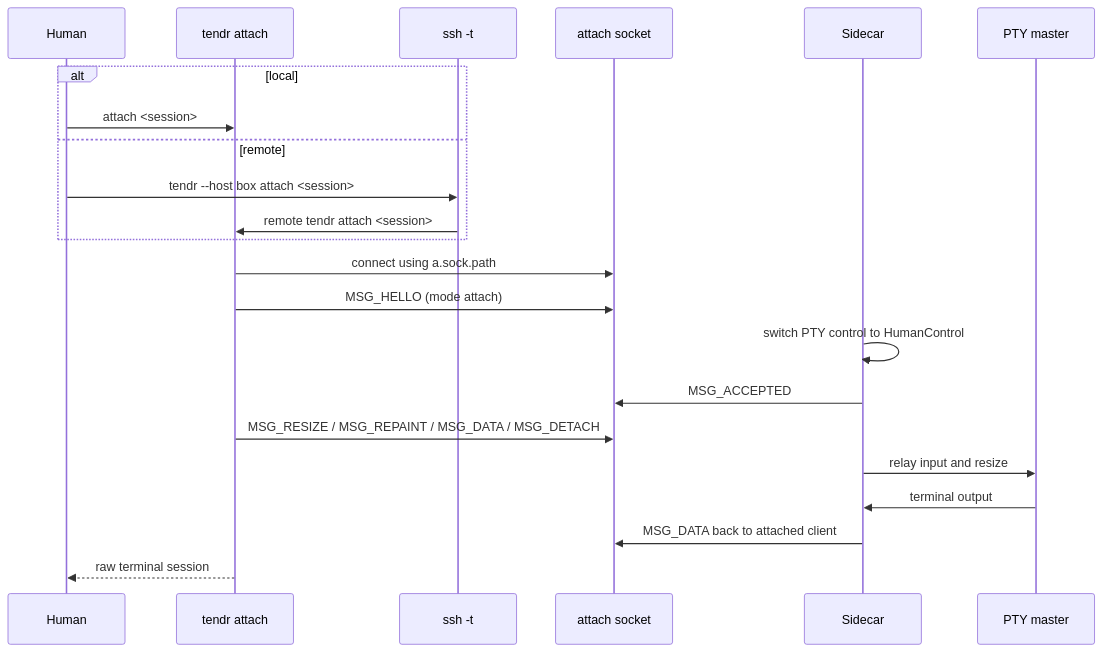
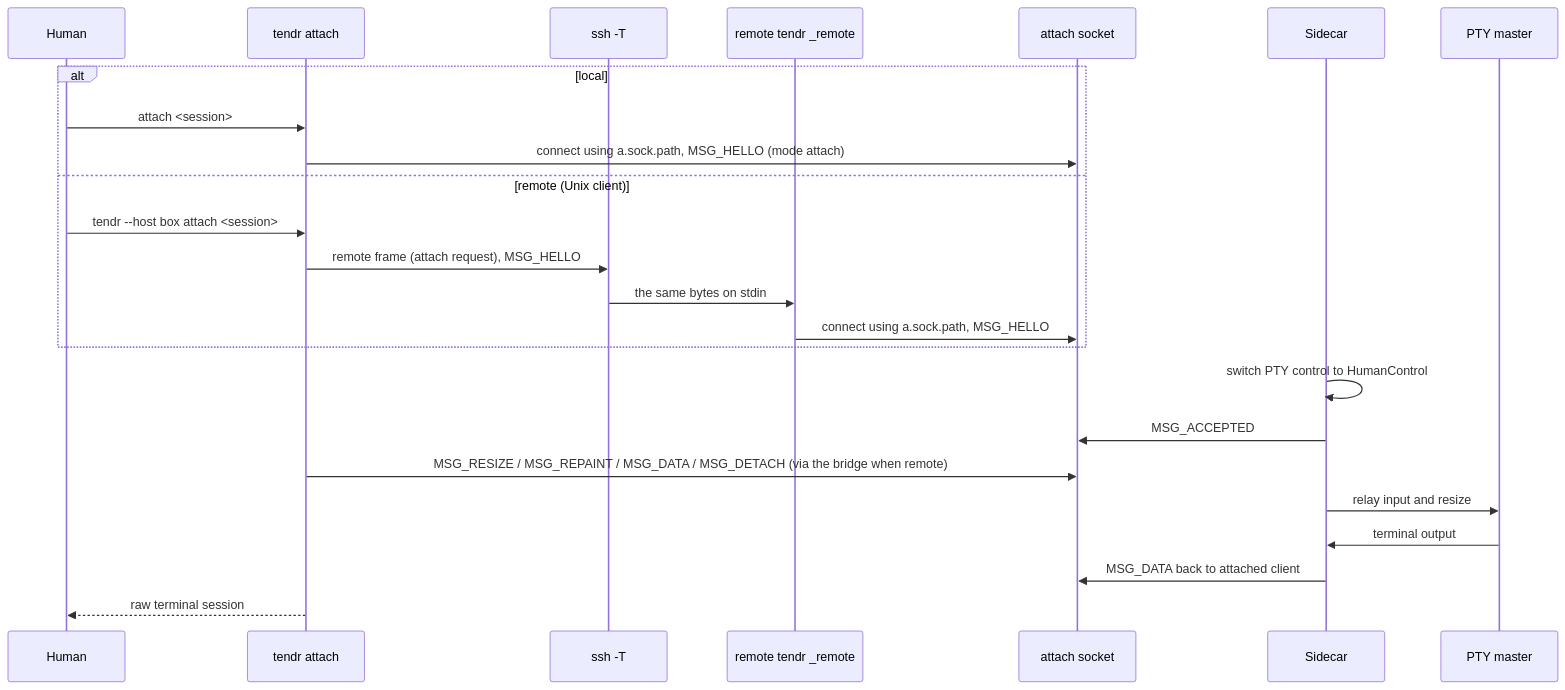
One commit to grumpydevorg/tendr changed the fourth of 4 diagrams in docs/architecture/05-key-flows.md. Above: the diagram before and after it, drawn with Mermaid. The commit also changed other lines of this file and 18 other files, not shown here.

````diff
--- a/docs/architecture/05-key-flows.md
+++ b/docs/architecture/05-key-flows.md
@@ -209,25 +209,27 @@
 ```mermaid
 sequenceDiagram
     participant Human
     participant CLI as tendr attach
-    participant SSH as ssh -t
+    participant SSH as ssh -T
+    participant Bridge as remote tendr _remote
     participant Socket as attach socket
     participant Sidecar
     participant PTY as PTY master
 
     alt local
         Human->>CLI: attach <session>
-    else remote
-        Human->>SSH: tendr --host box attach <session>
-        SSH->>CLI: remote tendr attach <session>
+        CLI->>Socket: connect using a.sock.path, MSG_HELLO (mode attach)
+    else remote (Unix client)
+        Human->>CLI: tendr --host box attach <session>
+        CLI->>SSH: remote frame (attach request), MSG_HELLO
+        SSH->>Bridge: the same bytes on stdin
+        Bridge->>Socket: connect using a.sock.path, MSG_HELLO
     end
-    CLI->>Socket: connect using a.sock.path
-    CLI->>Socket: MSG_HELLO (mode attach)
     Sidecar->>Sidecar: switch PTY control to HumanControl
     Sidecar->>Socket: MSG_ACCEPTED
-    CLI->>Socket: MSG_RESIZE / MSG_REPAINT / MSG_DATA / MSG_DETACH
+    CLI->>Socket: MSG_RESIZE / MSG_REPAINT / MSG_DATA / MSG_DETACH (via the bridge when remote)
     Sidecar->>PTY: relay input and resize
     PTY->>Sidecar: terminal output
     Sidecar->>Socket: MSG_DATA back to attached client
     CLI-->>Human: raw terminal session
 ```
````
